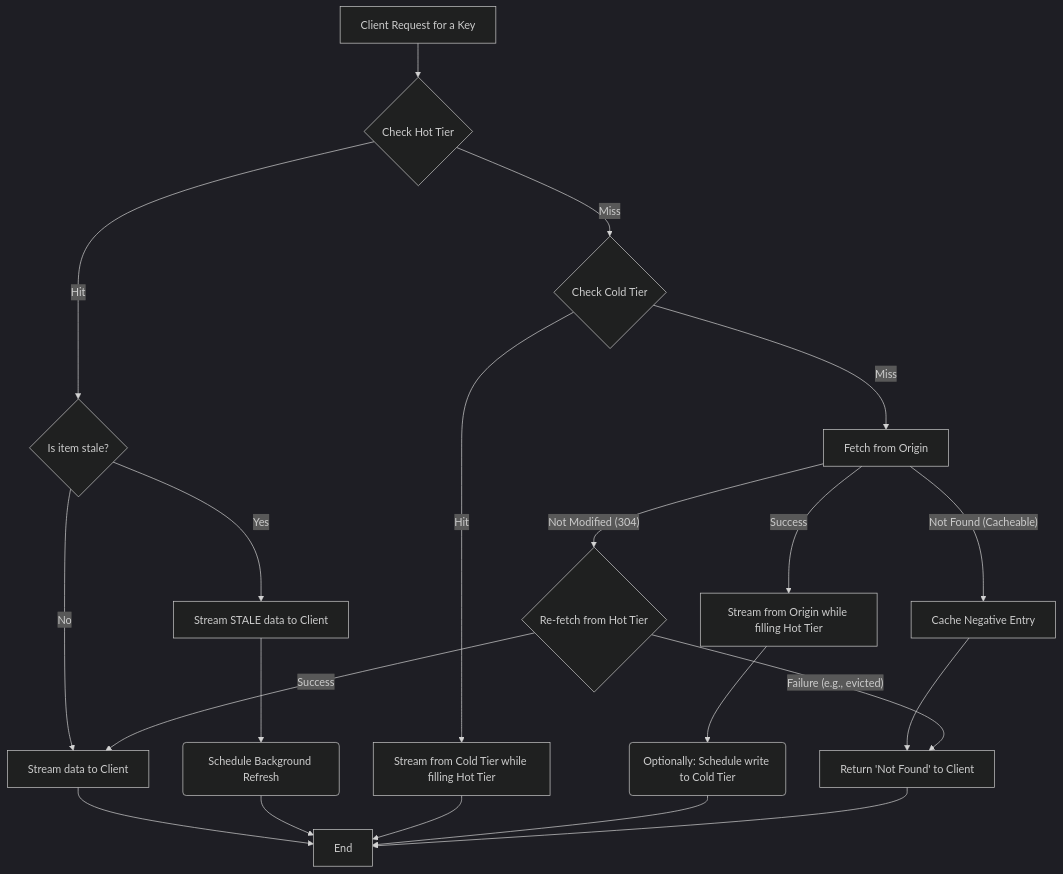
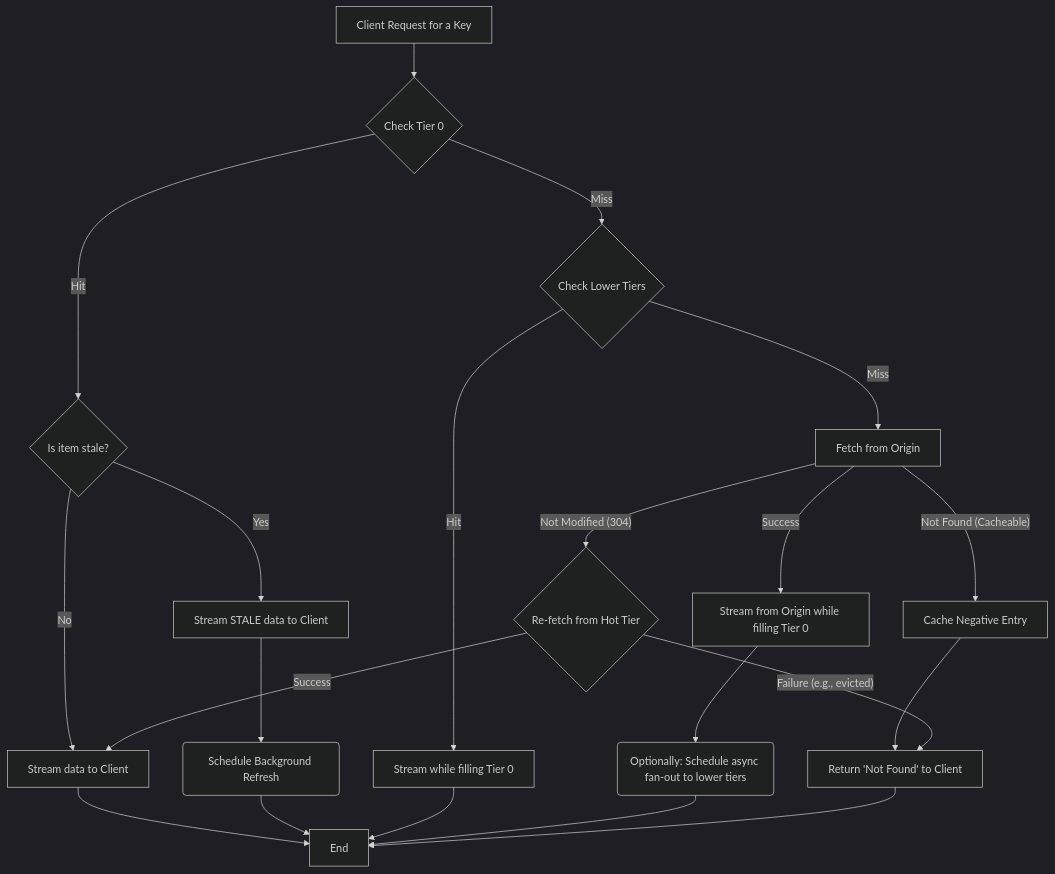
Before and after one commit to mrchypark/daramjwee: the diagram in README.md, drawn with Mermaid (dark theme). The commit also changed other lines of this file and 11 other files, not shown here.

````diff
--- a/README.md
+++ b/README.md
@@ -43,29 +43,29 @@
 ```mermaid
 flowchart TD
-    A[Client Request for a Key] --> B{Check Hot Tier};
+    A[Client Request for a Key] --> B{Check Tier 0};
 
     B -- Hit --> C{Is item stale?};
     C -- No --> D[Stream data to Client];
     D --> E[End];
     C -- Yes --> F[Stream STALE data to Client];
     F --> G(Schedule Background Refresh);
     G --> E;
 
-    B -- Miss --> H{Check Cold Tier};
+    B -- Miss --> H{Check Lower Tiers};
 
-    H -- Hit --> I[Stream from Cold Tier while filling Hot Tier];
+    H -- Hit --> I[Stream while filling Tier 0];
     I --> E;
 
     H -- Miss --> J[Fetch from Origin];
-    J -- Success --> K[Stream from Origin while filling Hot Tier];
-    K --> L(Optionally: Schedule write to Cold Tier);
+    J -- Success --> K[Stream from Origin while filling Tier 0];
+    K --> L(Optionally: Schedule async fan-out to lower tiers);
     L --> E;
     
     J -- Not Found (Cacheable) --> M[Cache Negative Entry];
     M --> N[Return 'Not Found' to Client];
     N --> E;
     
     J -- Not Modified (304) --> O{Re-fetch from Hot Tier};
     O -- Success --> D;
     O -- Failure (e.g., evicted) --> N;
 ```
````
